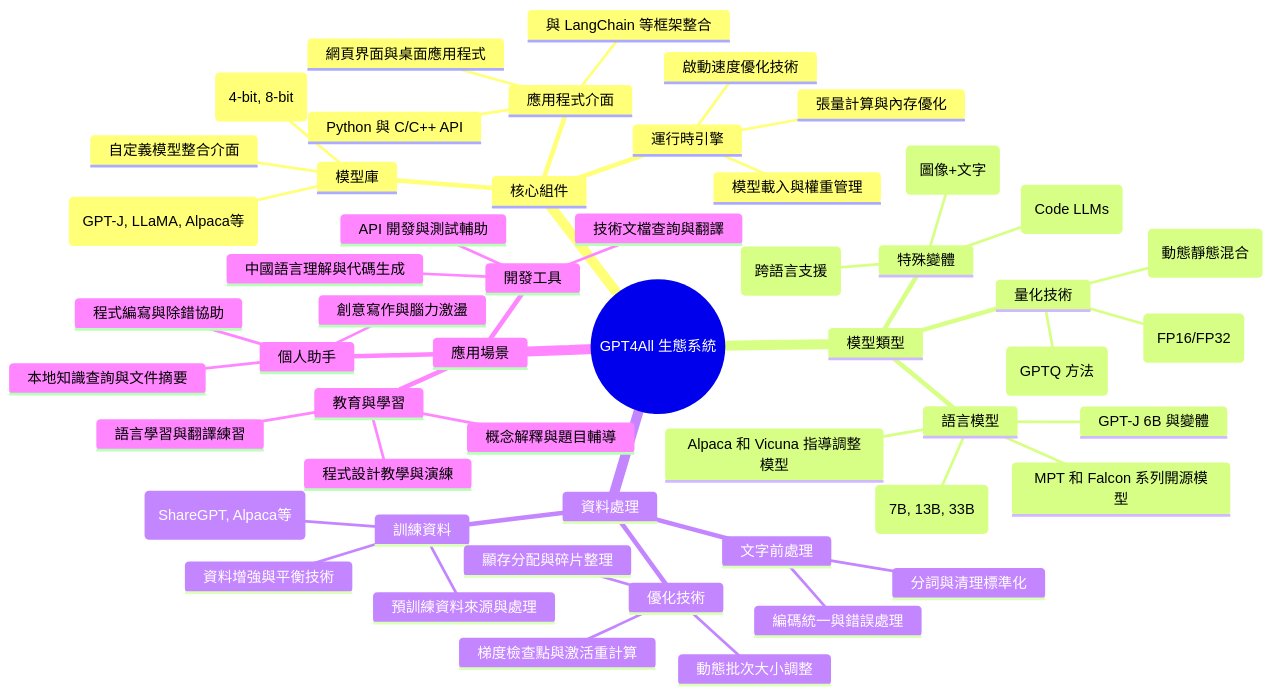
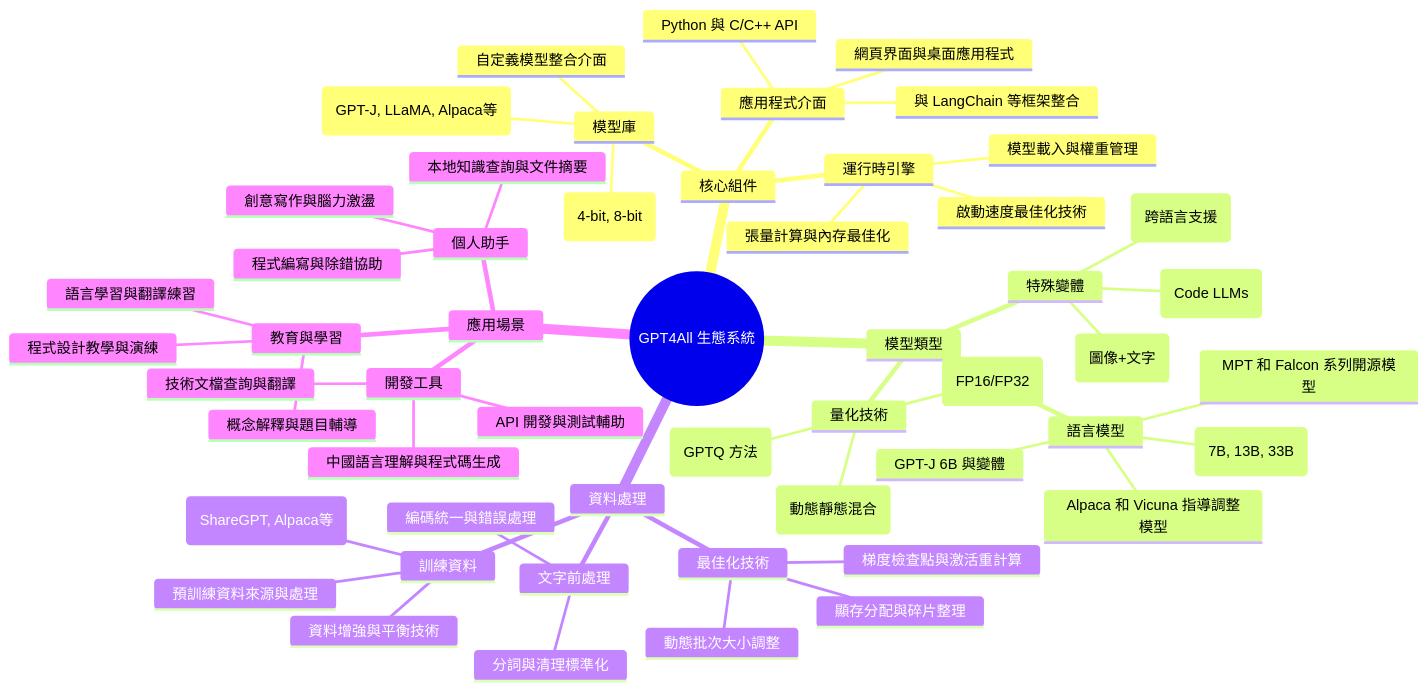
The diagram in LLM_Wiki/wiki/AI_system/gpt4all.md (xansxuss/OBSIDIAN_NOTES), drawn with Mermaid before and after one commit. The commit also changed other lines of this file and 288 other files, not shown here.

````diff
--- a/LLM_Wiki/wiki/AI_system/gpt4all.md
+++ b/LLM_Wiki/wiki/AI_system/gpt4all.md
@@ -47,56 +60,56 @@
 ```mermaid
 mindmap
   root((GPT4All 生態系統))
     核心組件
       模型庫
         開源 LLM 支援 (GPT-J, LLaMA, Alpaca等)
         量化模型分發 (4-bit, 8-bit)
         自定義模型整合介面
       運行時引擎
         模型載入與權重管理
-        張量計算與內存優化
-        啟動速度優化技術
+        張量計算與內存最佳化
+        啟動速度最佳化技術
       應用程式介面
         Python 與 C/C++ API
         網頁界面與桌面應用程式
         與 LangChain 等框架整合
     模型類型
       語言模型
         GPT-J 6B 與變體
         LLaMA 系列 (7B, 13B, 33B)
         Alpaca 和 Vicuna 指導調整模型
         MPT 和 Falcon 系列開源模型
       量化技術
         4-bit 量化 (GPTQ 方法)
         8-bit 量化 (動態靜態混合)
         混合精度 (FP16/FP32)
       特殊變體
         多模態模型 (圖像+文字)
         程式語言模型 (Code LLMs)
         多語言模型 (跨語言支援)
     資料處理
       文字前處理
         分詞與清理標準化
         編碼統一與錯誤處理
       訓練資料
         指導數據格式 (ShareGPT, Alpaca等)
         預訓練資料來源與處理
         資料增強與平衡技術
-      優化技術
+      最佳化技術
         動態批次大小調整
         梯度檢查點與激活重計算
         顯存分配與碎片整理
     應用場景
       個人助手
         本地知識查詢與文件摘要
         程式編寫與除錯協助
         創意寫作與腦力激盪
       開發工具
-        中國語言理解與代碼生成
+        中國語言理解與程式碼生成
         API 開發與測試輔助
         技術文檔查詢與翻譯
       教育與學習
         概念解釋與題目輔導
         語言學習與翻譯練習
         程式設計教學與演練
 ```
````
